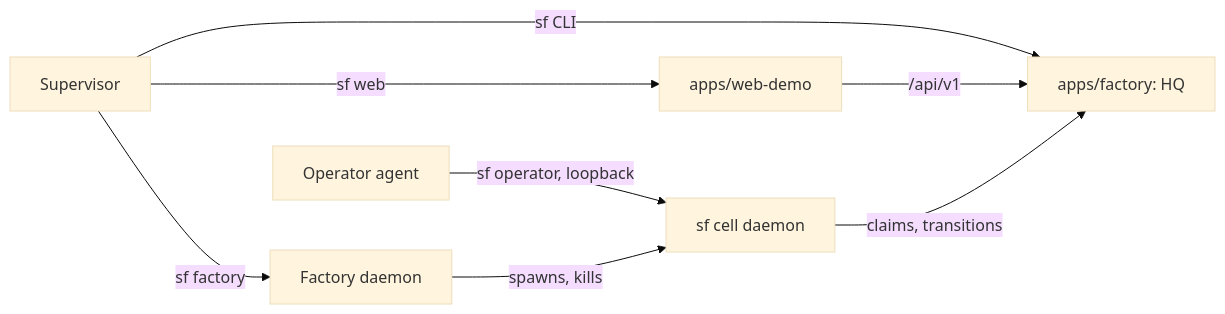
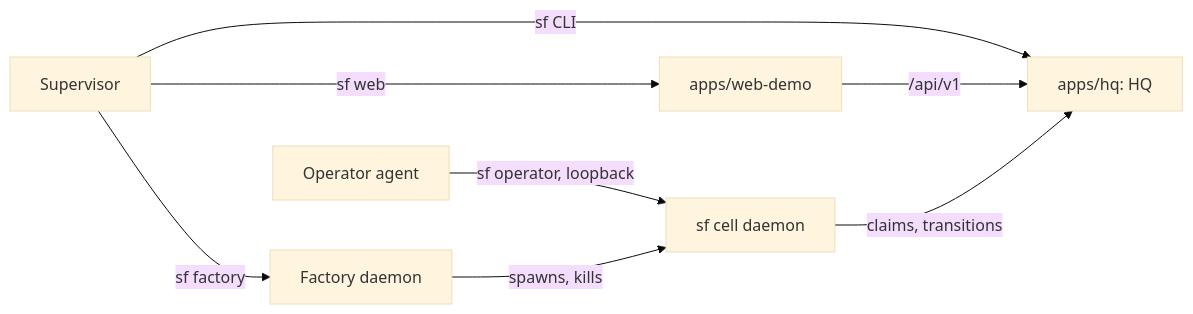
Before and after one commit to xyashino/software-factory: the diagram in docs/architecture.md, drawn with Mermaid (base theme). The commit also changed other lines of this file and 181 other files, not shown here.

First line of the commit message:
refactor(factory/hq): rename apps/factory to apps/hq

````diff
--- a/docs/architecture.md
+++ b/docs/architecture.md
@@ -25,10 +25,10 @@
 ```mermaid
 flowchart LR
-  S[Supervisor] -->|sf CLI| H[apps/factory: HQ]
+  S[Supervisor] -->|sf CLI| H[apps/hq: HQ]
   S -->|sf web| W[apps/web-demo]
   W -->|/api/v1| H
   C[sf cell daemon] -->|claims, transitions| H
   A[Operator agent] -->|sf operator, loopback| C
   S -->|sf factory| FD[Factory daemon]
   FD -->|spawns, kills| C
 ```
````
